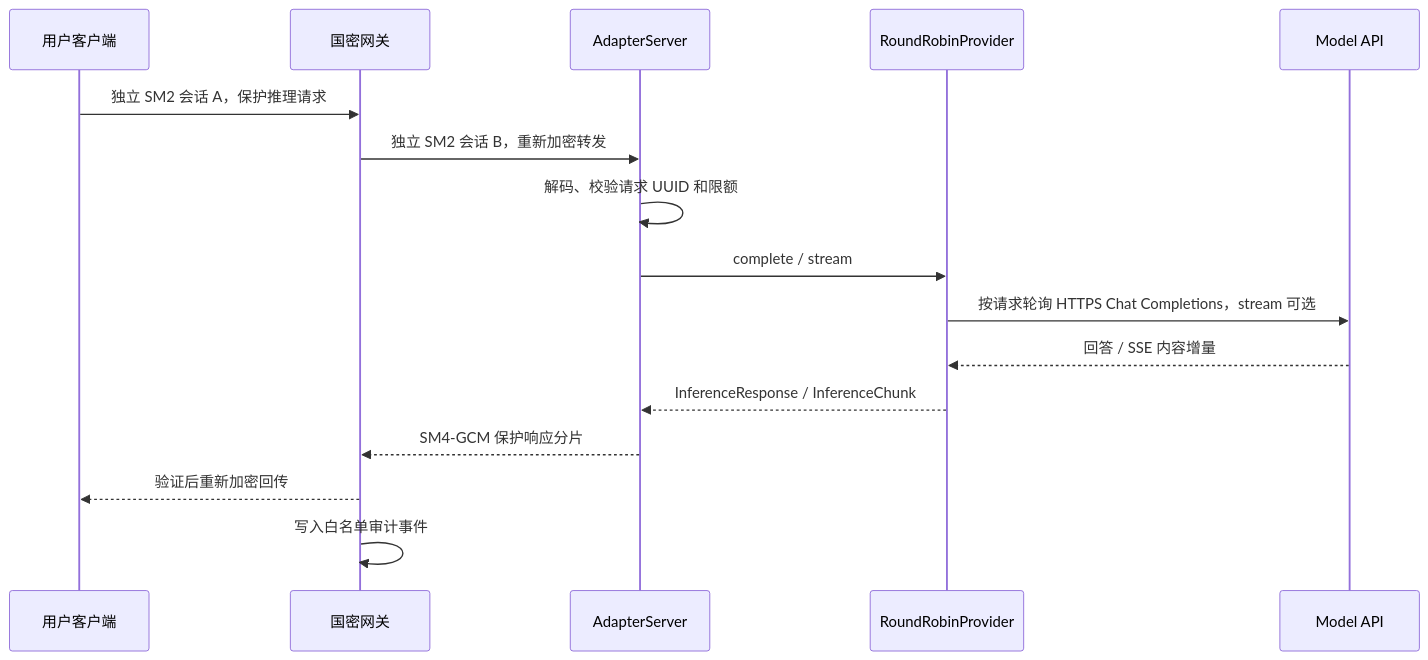
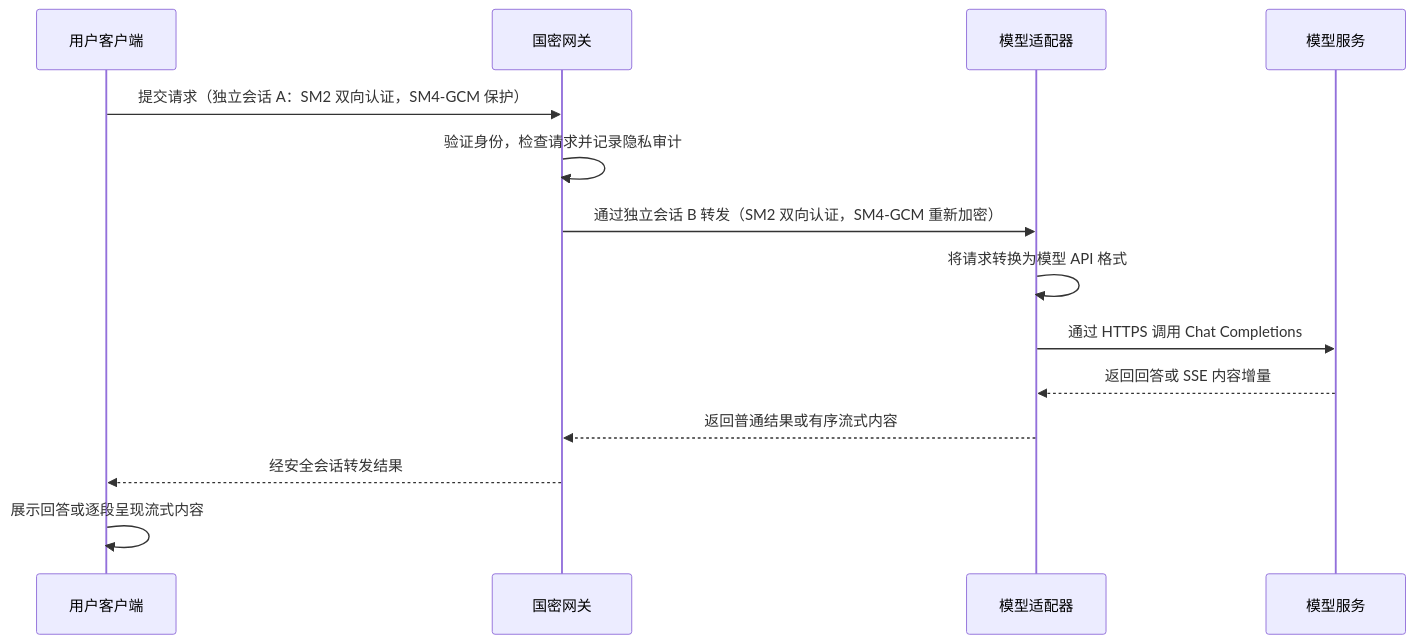
One commit to bljfy/gateway changed the third of 3 diagrams in README.md. Above: the diagram before and after it, drawn with Mermaid. The commit also changed other lines of this file and 1 other file, not shown here.

````diff
--- a/README.md
+++ b/README.md
@@ -82,18 +83,16 @@
 ```mermaid
 sequenceDiagram
     participant C as 用户客户端
     participant G as 国密网关
-    participant A as AdapterServer
-    participant P as RoundRobinProvider
-    participant M as Model API
-    C->>G: 独立 SM2 会话 A，保护推理请求
-    G->>A: 独立 SM2 会话 B，重新加密转发
-    A->>A: 解码、校验请求 UUID 和限额
-    A->>P: complete / stream
-    P->>M: 按请求轮询 HTTPS Chat Completions，stream 可选
-    M-->>P: 回答 / SSE 内容增量
-    P-->>A: InferenceResponse / InferenceChunk
-    A-->>G: SM4-GCM 保护响应分片
-    G-->>C: 验证后重新加密回传
-    G->>G: 写入白名单审计事件
+    participant A as 模型适配器
+    participant M as 模型服务
+    C->>G: 提交请求（独立会话 A：SM2 双向认证，SM4-GCM 保护）
+    G->>G: 验证身份，检查请求并记录隐私审计
+    G->>A: 通过独立会话 B 转发（SM2 双向认证，SM4-GCM 重新加密）
+    A->>A: 将请求转换为模型 API 格式
+    A->>M: 通过 HTTPS 调用 Chat Completions
+    M-->>A: 返回回答或 SSE 内容增量
+    A-->>G: 返回普通结果或有序流式内容
+    G-->>C: 经安全会话转发结果
+    C->>C: 展示回答或逐段呈现流式内容
 ```
````
